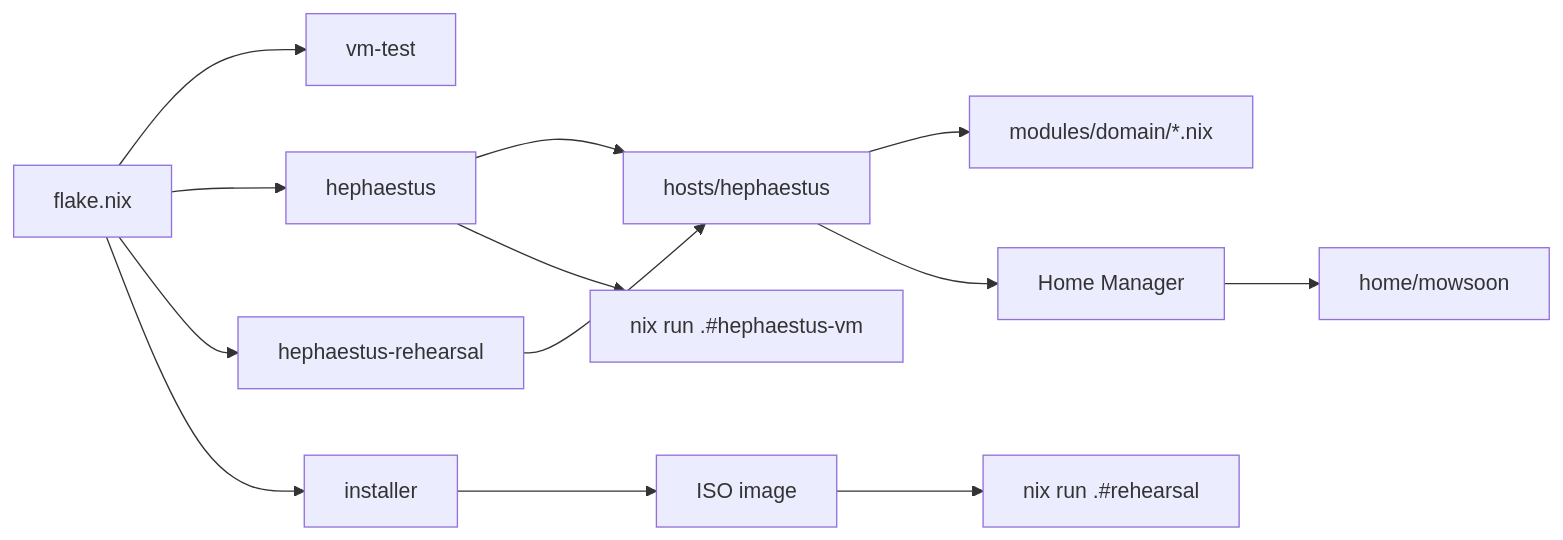
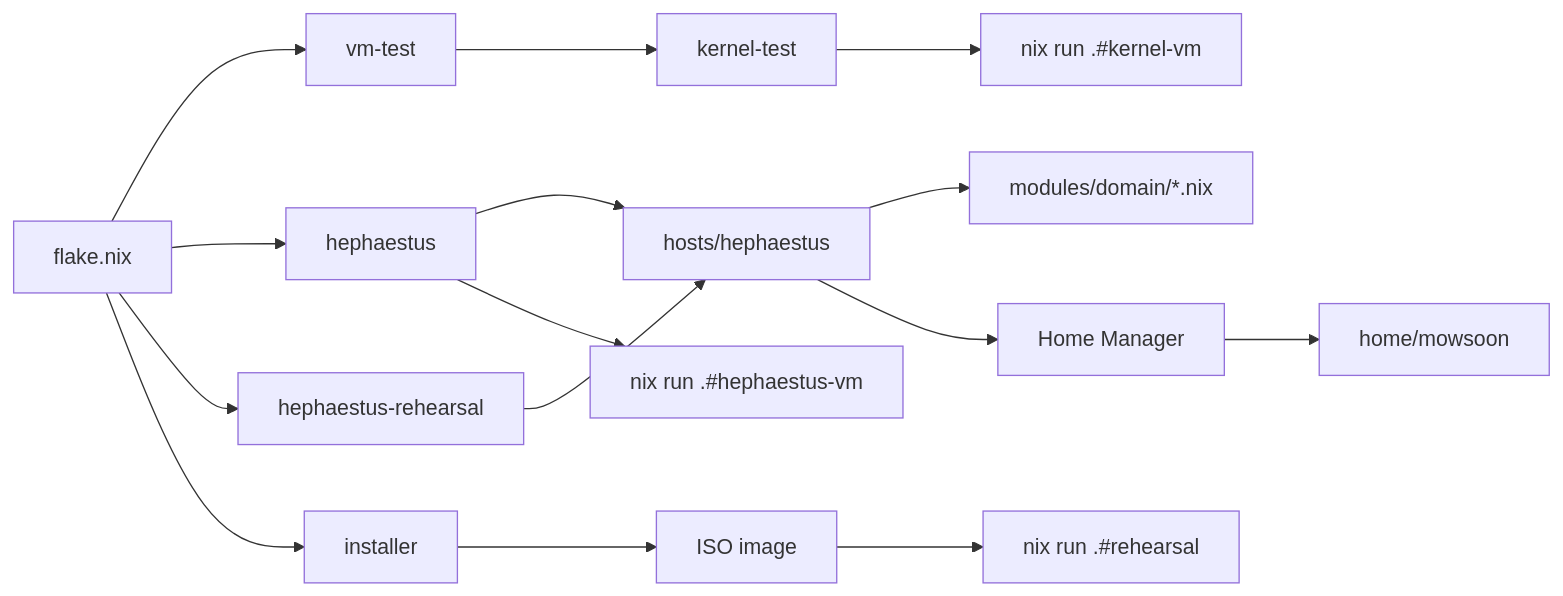
The diagram in docs/architecture/overview.md (Mowsoon/nixos_config), drawn with Mermaid before and after one commit. The commit also changed other lines of this file and 6 other files, not shown here.

Commit message:
Add the kernel-test VM and the kernel-vm launcher that boots a kernel build without installing it

````diff
--- a/docs/architecture/overview.md
+++ b/docs/architecture/overview.md
@@ -9,15 +9,17 @@
 ```mermaid
 flowchart LR
   flake[flake.nix] --> vmtest[vm-test]
+  vmtest --> kerneltest[kernel-test]
+  kerneltest --> kernelvm[nix run .#kernel-vm]
   flake --> heph[hephaestus]
   flake --> rehearsal[hephaestus-rehearsal]
   flake --> installer[installer]
   heph --> hostfiles[hosts/hephaestus]
   rehearsal --> hostfiles
   hostfiles --> modules[modules/domain/*.nix]
   hostfiles --> hm[Home Manager]
   hm --> home[home/mowsoon]
   installer --> iso[ISO image]
   iso --> app[nix run .#rehearsal]
   heph --> vm[nix run .#hephaestus-vm]
 ```
````
